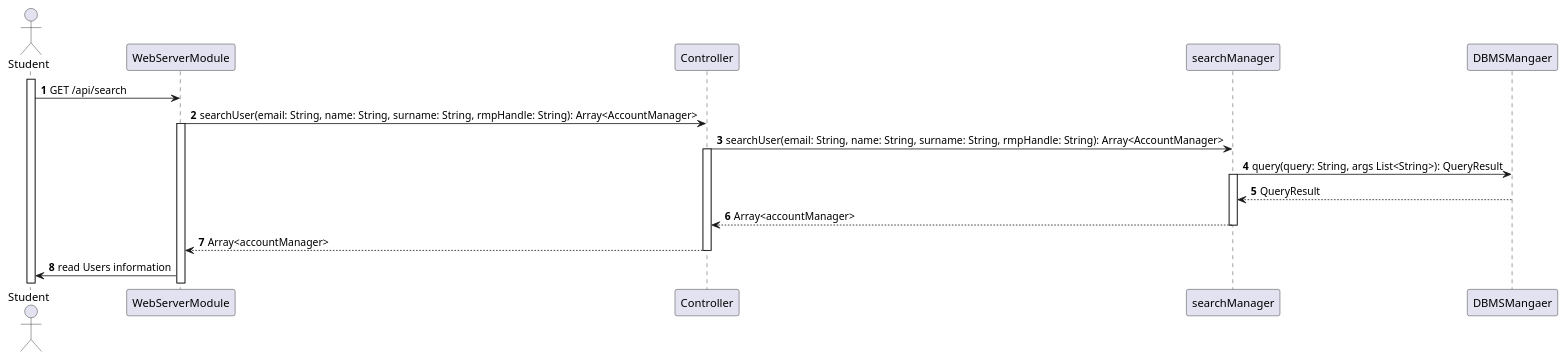
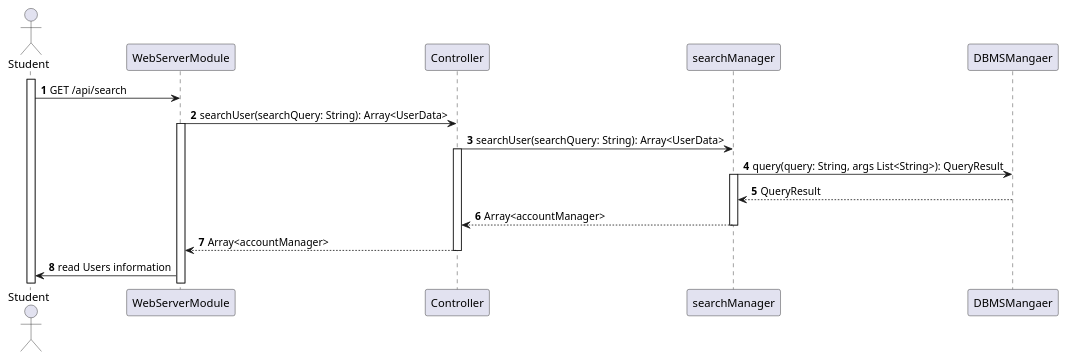
The diagram in _DD/Images/sequenceDiagrams/userSearchesForUsers.wsd (Angelo7672/SE2_Requirement-and-Design-Document), drawn with PlantUML before and after one commit. The commit also changed 6 other files, not shown here.

Commit message:
SD entiched and corrected, typos in architecturalDesign and userInterfaceDesign

```diff
--- a/_DD/Images/sequenceDiagrams/userSearchesForUsers.wsd
+++ b/_DD/Images/sequenceDiagrams/userSearchesForUsers.wsd
@@ -1,28 +1,28 @@
 @startuml
 
 autonumber
 actor Student as U
 participant searchManager as SM
 participant WebServerModule as WS
 participant Controller as C
 participant searchMangaer as SM
 participant DBMSMangaer as DBMS
 
 activate U
 U->WS: GET /api/search
-WS->C: searchUser(email: String, name: String, surname: String, rmpHandle: String): Array<AccountManager>
+WS->C: searchUser(searchQuery: String): Array<UserData>
 activate WS 
-C->SM: searchUser(email: String, name: String, surname: String, rmpHandle: String): Array<AccountManager>
+C->SM: searchUser(searchQuery: String): Array<UserData>
 activate C
 SM->DBMS: query(query: String, args List<String>): QueryResult
 activate SM
 DBMS-->SM: QueryResult
 SM-->C: Array<accountManager>
 deactivate SM
 C-->WS:Array<accountManager>
 deactivate C
 WS->U: read Users information
 
 
 
 @enduml
```
